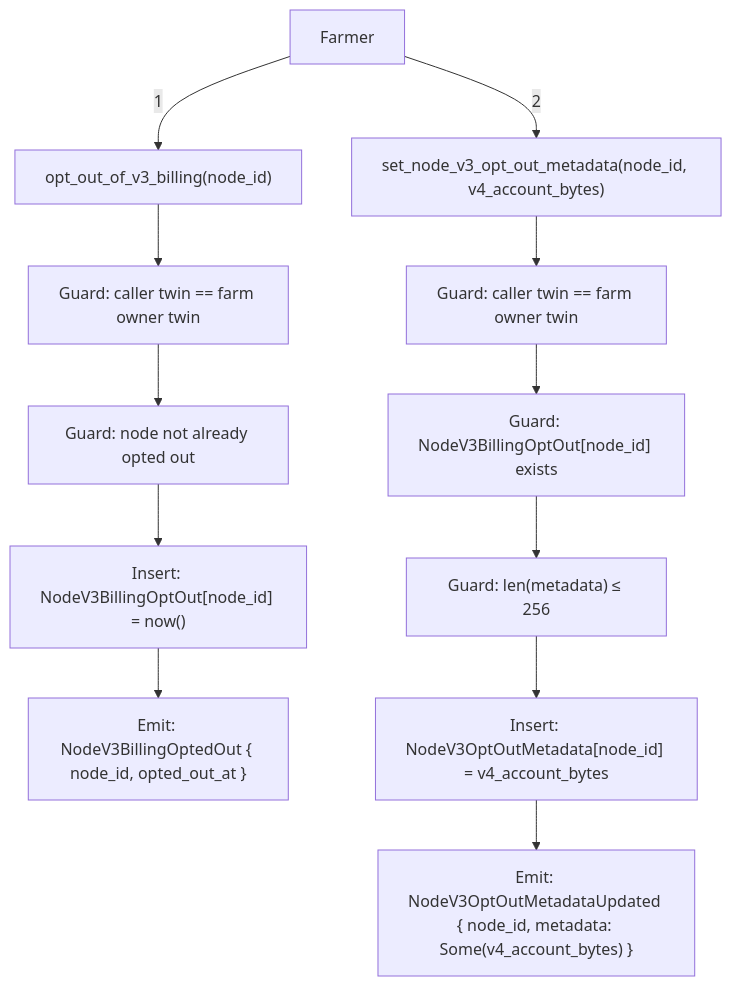
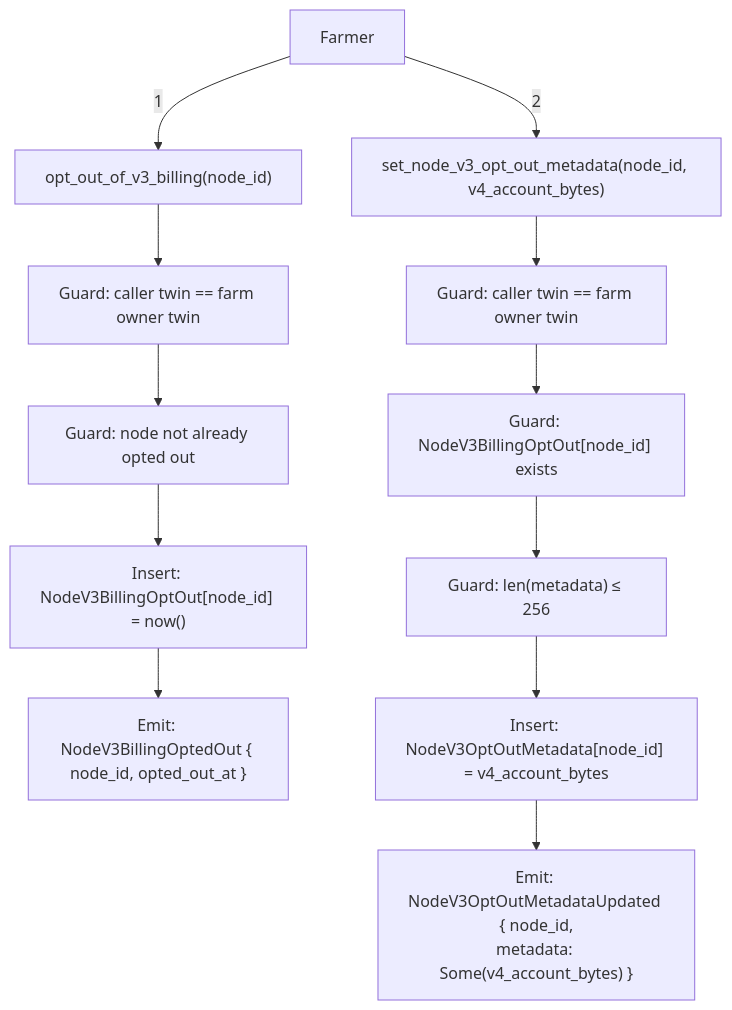
One commit to threefoldtech/tfchain changed the first of 2 diagrams in docs/architecture/0026-v3-node-opt-out-metadata.md. Above: the diagram before and after it, drawn with Mermaid.

Commit message:
docs: Split lines that exceed the configured maximum length for better readability

````diff
--- a/docs/architecture/0026-v3-node-opt-out-metadata.md
+++ b/docs/architecture/0026-v3-node-opt-out-metadata.md
@@ -109,15 +109,15 @@
 ```mermaid
 graph TD
     A["Farmer"] -->|1| B["opt_out_of_v3_billing(node_id)"]
     B --> C["Guard: caller twin == farm owner twin"]
     C --> D["Guard: node not already opted out"]
     D --> E["Insert: NodeV3BillingOptOut[node_id] = now()"]
     E --> F["Emit: NodeV3BillingOptedOut { node_id, opted_out_at }"]
     
     A -->|2| G["set_node_v3_opt_out_metadata(node_id, v4_account_bytes)"]
     G --> H["Guard: caller twin == farm owner twin"]
     H --> I["Guard: NodeV3BillingOptOut[node_id] exists"]
     I --> J["Guard: len(metadata) ≤ 256"]
     J --> K["Insert: NodeV3OptOutMetadata[node_id] = v4_account_bytes"]
-    K --> L["Emit: NodeV3OptOutMetadataUpdated { node_id, metadata: Some(v4_account_bytes) }"]
+    K --> L["Emit: NodeV3OptOutMetadataUpdated { node_id,<br/>metadata: Some(v4_account_bytes) }"]
 ```
````
